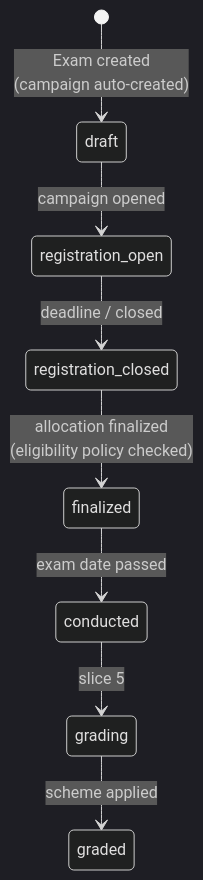
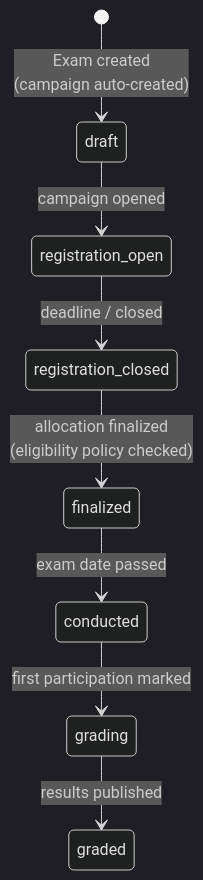
One commit to MaMpf-HD/mampf changed the second of 2 diagrams in architecture/src/slices/04-exam-core.md. Above: the diagram before and after it, drawn with Mermaid (dark theme). The commit also changed other lines of this file, not shown here.

````diff
--- a/architecture/src/slices/04-exam-core.md
+++ b/architecture/src/slices/04-exam-core.md
@@ -75,10 +75,10 @@
 ```mermaid
 stateDiagram-v2
     [*] --> draft: Exam created<br/>(campaign auto-created)
     draft --> registration_open: campaign opened
     registration_open --> registration_closed: deadline / closed
     registration_closed --> finalized: allocation finalized<br/>(eligibility policy checked)
     finalized --> conducted: exam date passed
-    conducted --> grading: slice 5
-    grading --> graded: scheme applied
+    conducted --> grading: first participation marked
+    grading --> graded: results published
 ```
````
